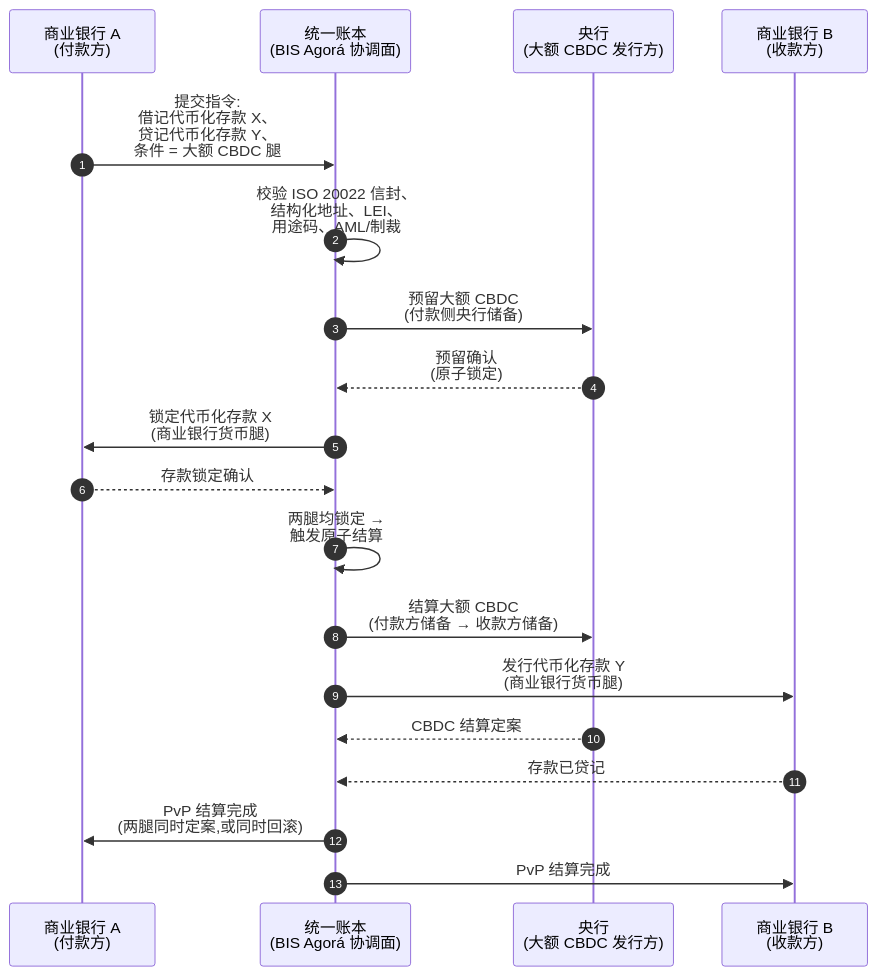
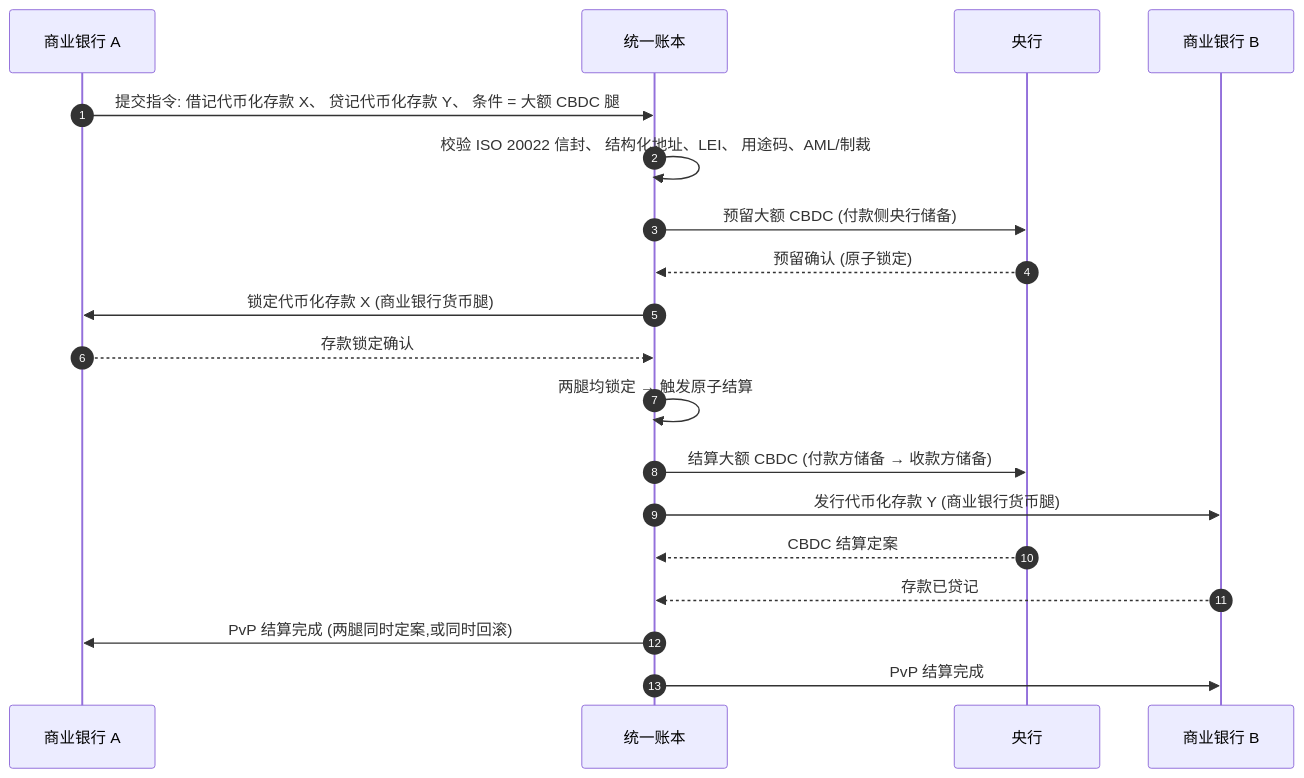
Before and after one commit to sebastienrousseau/sebastienrousseau.github.io: the diagram in _posts/zh-hans/2026-06-06-wholesale-payments-index-iso20022-tokenised-deposits-cross-border-2026.md, drawn with Mermaid. The commit also changed 2231 other files, not shown here.

First line of the commit message:
fix(mermaid): unblock Mermaid v10 rendering end-to-end (#198)

````diff
--- a/_posts/zh-hans/2026-06-06-wholesale-payments-index-iso20022-tokenised-deposits-cross-border-2026.md
+++ b/_posts/zh-hans/2026-06-06-wholesale-payments-index-iso20022-tokenised-deposits-cross-border-2026.md
@@ -170,22 +170,21 @@
 ```mermaid
 sequenceDiagram
     autonumber
-    participant CB_A as 商业银行 A<br/>(付款方)
-    participant UL as 统一账本<br/>(BIS Agorá 协调面)
-    participant CBNK as 央行<br/>(大额 CBDC 发行方)
-    participant CB_B as 商业银行 B<br/>(收款方)
-
-    CB_A->>UL: 提交指令:<br/>借记代币化存款 X、<br/>贷记代币化存款 Y、<br/>条件 = 大额 CBDC 腿
-    UL->>UL: 校验 ISO 20022 信封、<br/>结构化地址、LEI、<br/>用途码、AML/制裁
-    UL->>CBNK: 预留大额 CBDC<br/>(付款侧央行储备)
-    CBNK-->>UL: 预留确认<br/>(原子锁定)
-    UL->>CB_A: 锁定代币化存款 X<br/>(商业银行货币腿)
+    participant CB_A as 商业银行 A
+    participant UL as 统一账本
+    participant CBNK as 央行
+    participant CB_B as 商业银行 B
+    CB_A->>UL: 提交指令: 借记代币化存款 X、 贷记代币化存款 Y、 条件 = 大额 CBDC 腿
+    UL->>UL: 校验 ISO 20022 信封、 结构化地址、LEI、 用途码、AML/制裁
+    UL->>CBNK: 预留大额 CBDC (付款侧央行储备)
+    CBNK-->>UL: 预留确认 (原子锁定)
+    UL->>CB_A: 锁定代币化存款 X (商业银行货币腿)
     CB_A-->>UL: 存款锁定确认
-    UL->>UL: 两腿均锁定 →<br/>触发原子结算
-    UL->>CBNK: 结算大额 CBDC<br/>(付款方储备 → 收款方储备)
-    UL->>CB_B: 发行代币化存款 Y<br/>(商业银行货币腿)
+    UL->>UL: 两腿均锁定 → 触发原子结算
+    UL->>CBNK: 结算大额 CBDC (付款方储备 → 收款方储备)
+    UL->>CB_B: 发行代币化存款 Y (商业银行货币腿)
     CBNK-->>UL: CBDC 结算定案
     CB_B-->>UL: 存款已贷记
-    UL->>CB_A: PvP 结算完成<br/>(两腿同时定案,或同时回滚)
+    UL->>CB_A: PvP 结算完成 (两腿同时定案,或同时回滚)
     UL->>CB_B: PvP 结算完成
 ```
````
